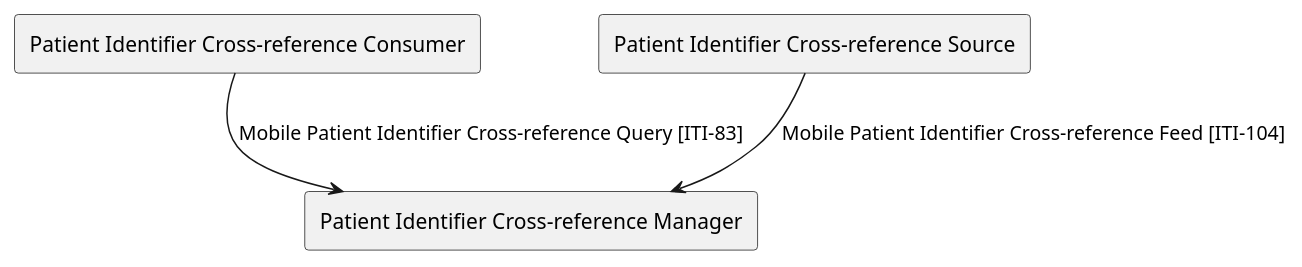
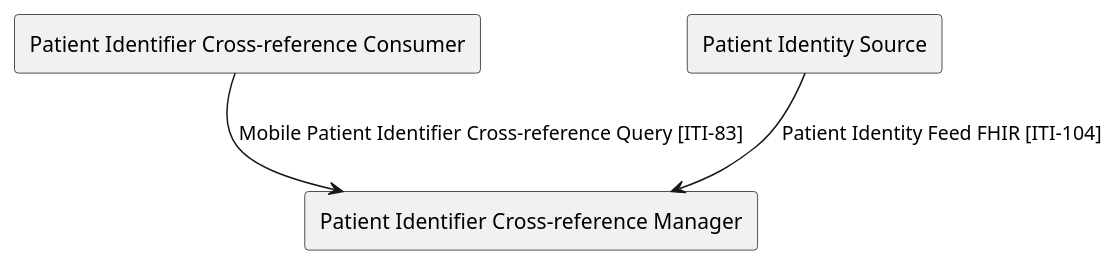
Before and after one commit to IHE/ITI.PIXm: the diagram in input/images-source/ActorsAndTransactions.plantuml, drawn with PlantUML. The commit also changed 12 other files, not shown here.

```diff
--- a/input/images-source/ActorsAndTransactions.plantuml
+++ b/input/images-source/ActorsAndTransactions.plantuml
@@ -1,7 +1,7 @@
 @startuml
 agent "Patient Identifier Cross-reference Consumer" as Consumer
-agent "Patient Identifier Cross-reference Source" as Source
+agent "Patient Identity Source" as Source
 agent "Patient Identifier Cross-reference Manager" as Manager
-Source -down-> Manager: "Mobile Patient Identifier Cross-reference Feed [ITI-104]"
+Source -down-> Manager: "Patient Identity Feed FHIR [ITI-104]"
 Consumer -down-> Manager : "Mobile Patient Identifier Cross-reference Query [ITI-83]"
 @enduml
```
